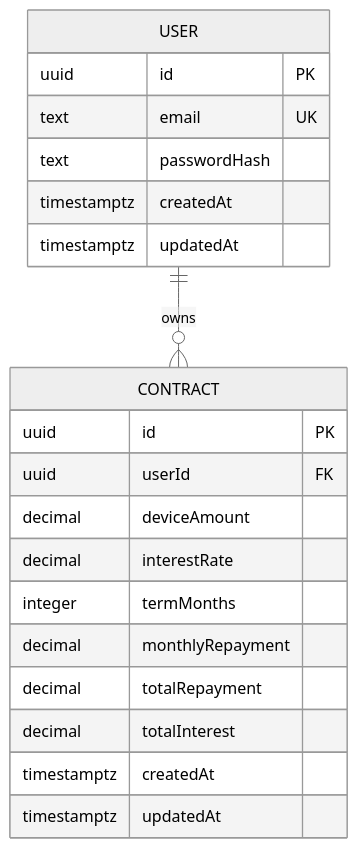
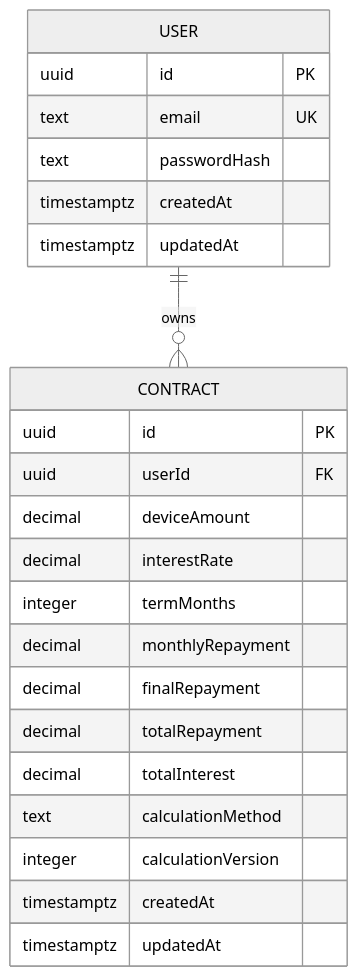
One commit to Lungelo-Ngwane/MTN-Assessment changed the second of 2 diagrams in docs/architecture.md. Above: the diagram before and after it, drawn with Mermaid (neutral theme). The commit also changed other lines of this file and 16 other files, not shown here.

````diff
--- a/docs/architecture.md
+++ b/docs/architecture.md
@@ -73,23 +73,26 @@
 ```mermaid
 erDiagram
     USER ||--o{ CONTRACT : owns
     USER {
         uuid id PK
         text email UK
         text passwordHash
         timestamptz createdAt
         timestamptz updatedAt
     }
     CONTRACT {
         uuid id PK
         uuid userId FK
         decimal deviceAmount
         decimal interestRate
         integer termMonths
         decimal monthlyRepayment
+        decimal finalRepayment
         decimal totalRepayment
         decimal totalInterest
+        text calculationMethod
+        integer calculationVersion
         timestamptz createdAt
         timestamptz updatedAt
     }
 ```
````
